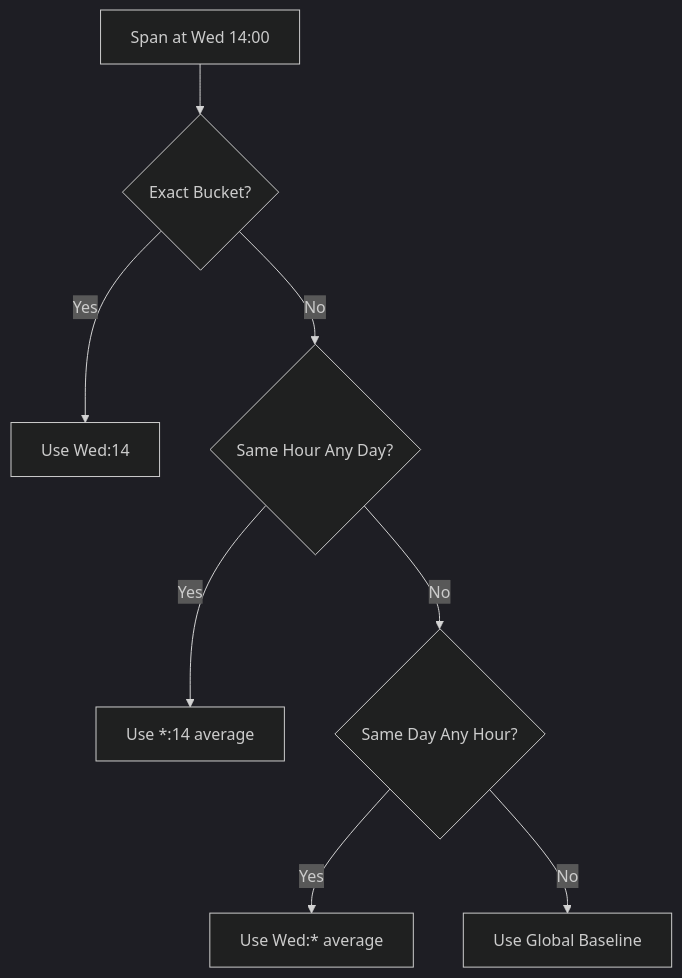
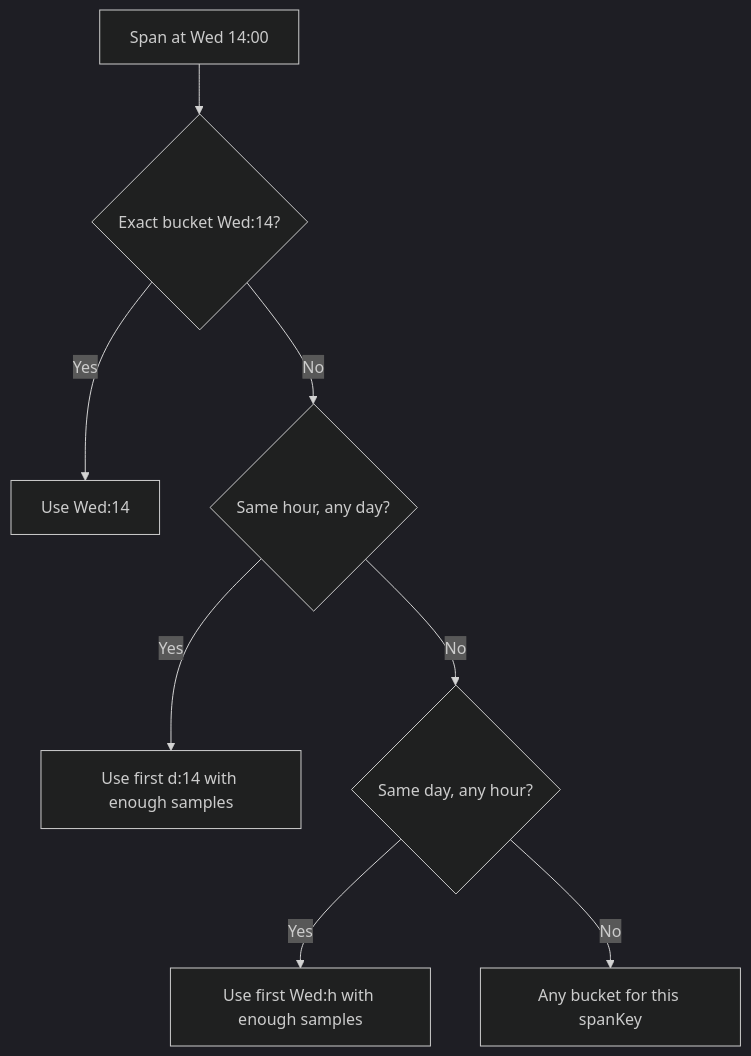
Before and after one commit to MoebiusX/Krystaline: the second of 2 diagrams in docs/observability/02_ANOMALY_DETECTION_DESIGN.md, drawn with Mermaid (dark theme). The commit also changed other lines of this file and 30 other files, not shown here.

````diff
--- a/docs/observability/02_ANOMALY_DETECTION_DESIGN.md
+++ b/docs/observability/02_ANOMALY_DETECTION_DESIGN.md
@@ -164,10 +208,10 @@
 ```mermaid
 flowchart TD
-    S[Span at Wed 14:00] --> E1{Exact Bucket?}
+    S[Span at Wed 14:00] --> E1{Exact bucket Wed:14?}
     E1 -->|Yes| U1[Use Wed:14]
-    E1 -->|No| E2{Same Hour Any Day?}
-    E2 -->|Yes| U2[Use *:14 average]
-    E2 -->|No| E3{Same Day Any Hour?}
-    E3 -->|Yes| U3[Use Wed:* average]
-    E3 -->|No| U4[Use Global Baseline]
+    E1 -->|No| E2{Same hour, any day?}
+    E2 -->|Yes| U2[Use first d:14 with enough samples]
+    E2 -->|No| E3{Same day, any hour?}
+    E3 -->|Yes| U3[Use first Wed:h with enough samples]
+    E3 -->|No| U4[Any bucket for this spanKey]
 ```
````
